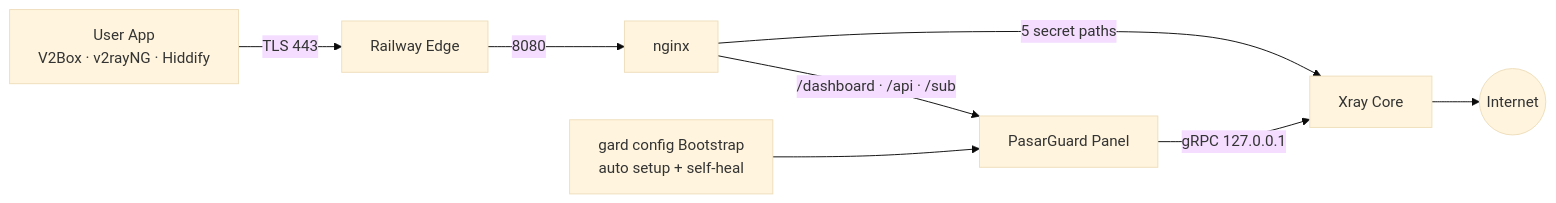
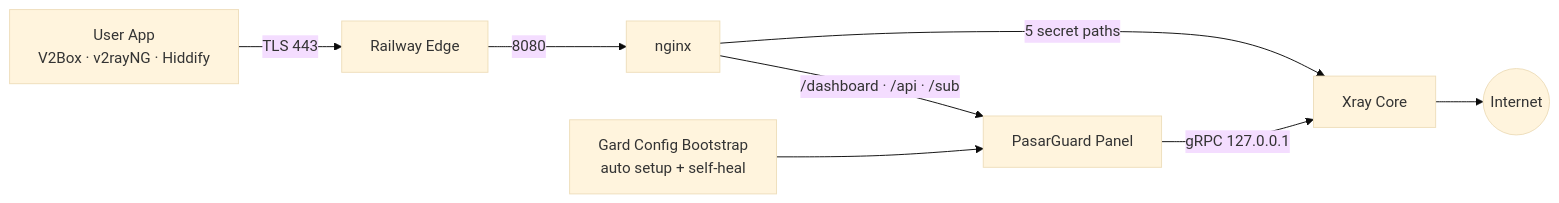
Before and after one commit to adelover/Gard_: the second of 3 diagrams in README.md, drawn with Mermaid (base theme). The commit also changed other lines of this file and 14 other files, not shown here.

Commit message:
Update to Gard Config

````diff
--- a/README.md
+++ b/README.md
@@ -196,10 +196,10 @@
 ```mermaid
 flowchart LR
-    U["User App<br/>V2Box · v2rayNG · Hiddify"] -- "TLS 443" --> R["Railway Edge"]
-    R -- "8080" --> N["nginx"]
-    N -- "/dashboard · /api · /sub" --> P["PasarGuard Panel"]
-    N -- "5 secret paths" --> X["Xray Core"]
-    P -- "gRPC 127.0.0.1" --> X
-    B["gard config Bootstrap<br/>auto setup + self-heal"] --> P
-    X --> I(("Internet"))
+ U["User App<br/>V2Box · v2rayNG · Hiddify"] -- "TLS 443" --> R["Railway Edge"]
+ R -- "8080" --> N["nginx"]
+ N -- "/dashboard · /api · /sub" --> P["PasarGuard Panel"]
+ N -- "5 secret paths" --> X["Xray Core"]
+ P -- "gRPC 127.0.0.1" --> X
+ B["Gard Config Bootstrap<br/>auto setup + self-heal"] --> P
+ X --> I(("Internet"))
 ```
````
